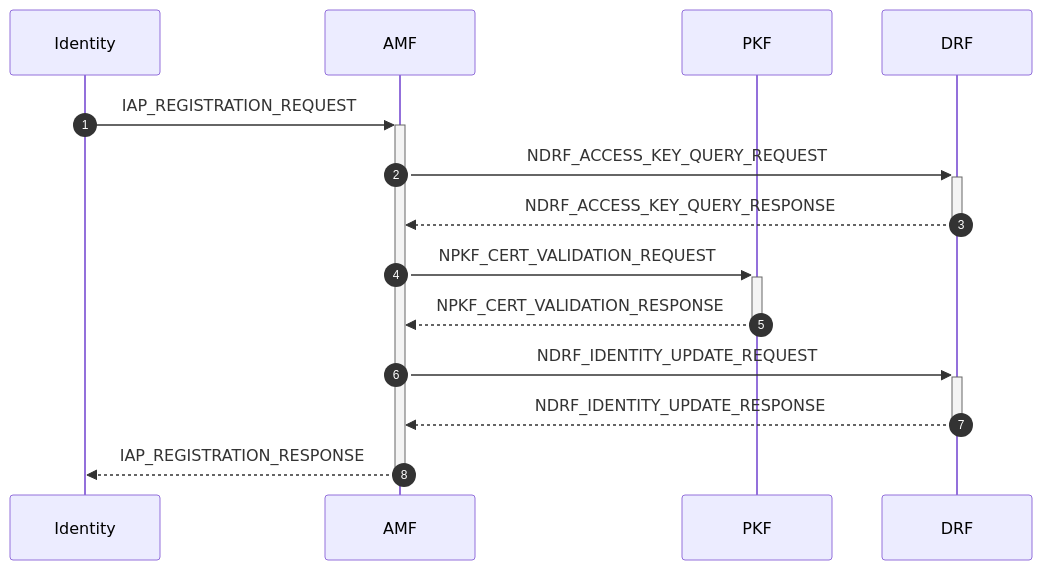
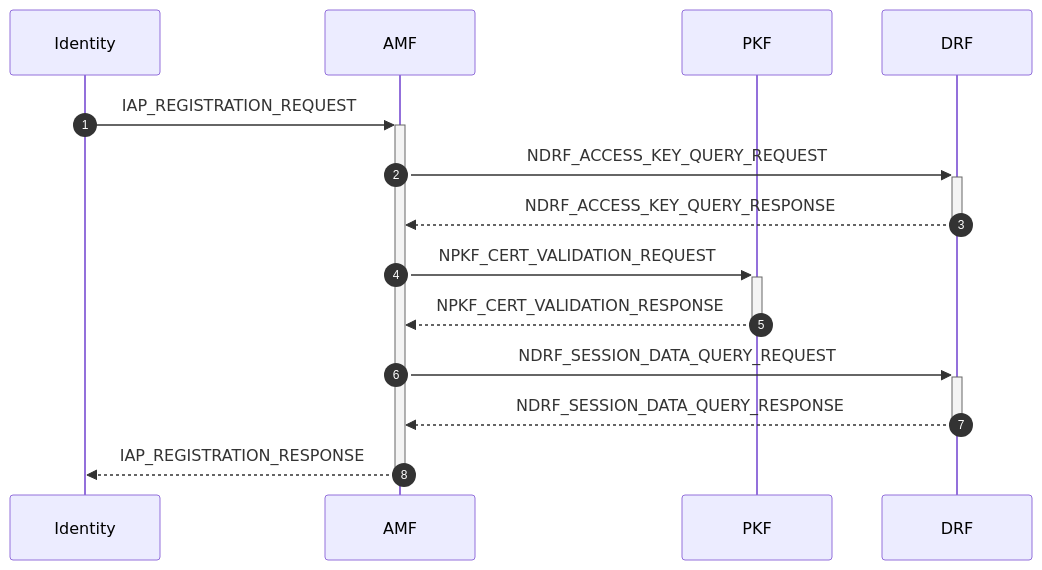
The seventh of 23 diagrams in doc/doc-spec/00-series-general/00.002-procedure.md (veil-link/veilink), drawn with Mermaid before and after one commit. The commit also changed other lines of this file and 2 other files, not shown here.

````diff
--- a/doc/doc-spec/00-series-general/00.002-procedure.md
+++ b/doc/doc-spec/00-series-general/00.002-procedure.md
@@ -163,18 +163,18 @@
 ```mermaid
 sequenceDiagram
     autonumber
 
     participant id as Identity
     participant amf as AMF
     participant pkf as PKF
     participant drf as DRF
 
     id ->>+ amf: IAP_REGISTRATION_REQUEST
     amf ->>+ drf: NDRF_ACCESS_KEY_QUERY_REQUEST
     drf -->>- amf: NDRF_ACCESS_KEY_QUERY_RESPONSE
     amf ->>+ pkf: NPKF_CERT_VALIDATION_REQUEST
     pkf -->>- amf: NPKF_CERT_VALIDATION_RESPONSE
-    amf ->>+ drf: NDRF_IDENTITY_UPDATE_REQUEST
-    drf -->>- amf: NDRF_IDENTITY_UPDATE_RESPONSE
+    amf ->>+ drf: NDRF_SESSION_DATA_QUERY_REQUEST
+    drf -->>- amf: NDRF_SESSION_DATA_QUERY_RESPONSE
     amf -->>- id: IAP_REGISTRATION_RESPONSE
 ```
````
